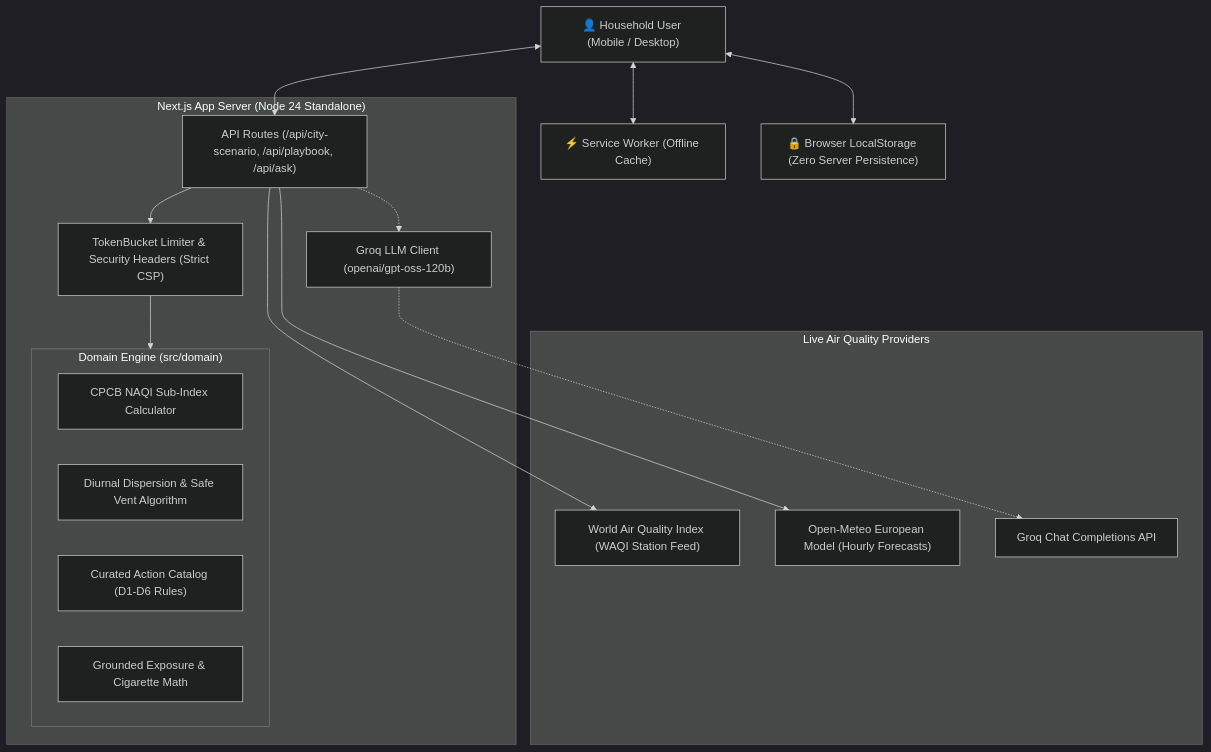
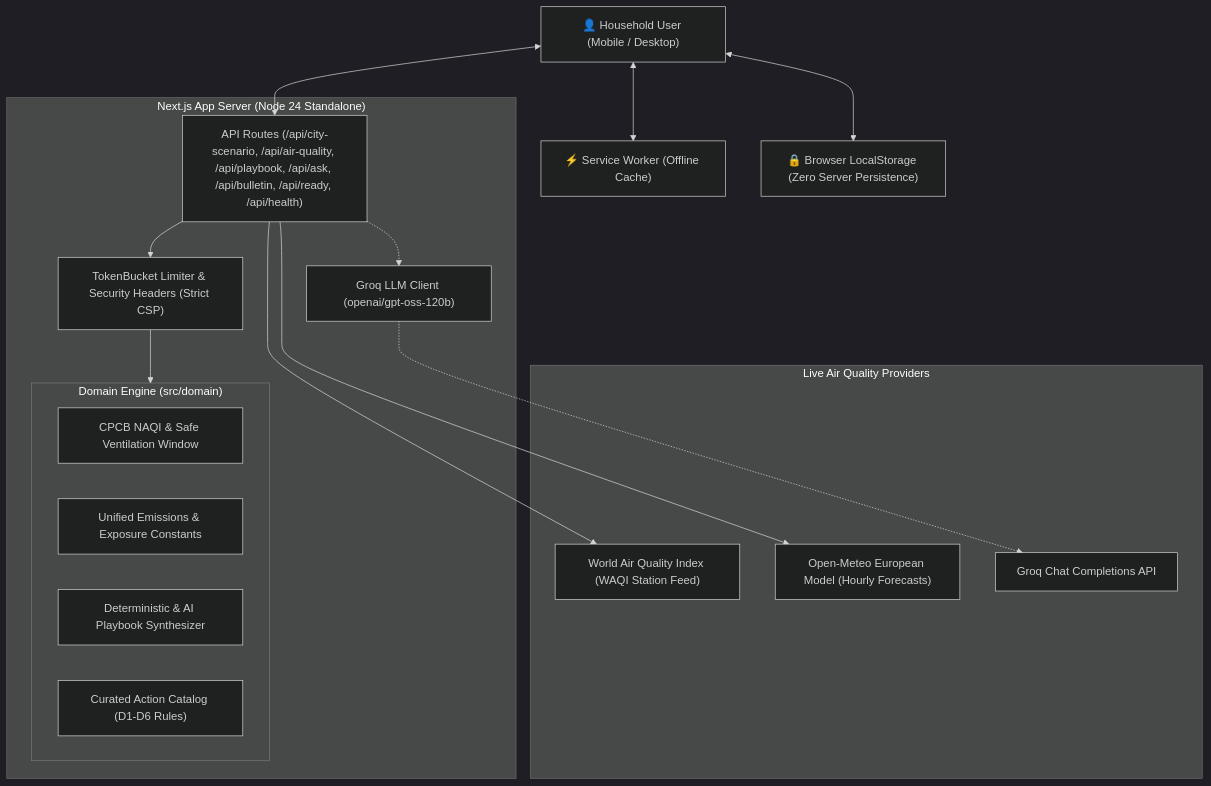
Before and after one commit to Aryan24a-git/AQI-monitoring: the diagram in README.md, drawn with Mermaid (dark theme). The commit also changed other lines of this file and 20 other files, not shown here.

Commit message:
docs: phase 5 VayuSaathi naming consistency, doc cleanup, and architecture update

````diff
--- a/README.md
+++ b/README.md
@@ -38,36 +38,36 @@
 ```mermaid
 flowchart TD
     User["👤 Household User (Mobile / Desktop)"]
     SW["⚡ Service Worker (Offline Cache)"]
     LS["🔒 Browser LocalStorage (Zero Server Persistence)"]
 
     subgraph AppServer ["Next.js App Server (Node 24 Standalone)"]
-        API["API Routes (/api/city-scenario, /api/playbook, /api/ask)"]
+        API["API Routes (/api/city-scenario, /api/air-quality, /api/playbook, /api/ask, /api/bulletin, /api/ready, /api/health)"]
         RateLimit["TokenBucket Limiter & Security Headers (Strict CSP)"]
         
         subgraph DomainEngine ["Domain Engine (src/domain)"]
-            NAQI["CPCB NAQI Sub-Index Calculator"]
-            Dispersion["Diurnal Dispersion & Safe Vent Algorithm"]
+            NAQI["CPCB NAQI & Safe Ventilation Window"]
+            Emissions["Unified Emissions & Exposure Constants"]
+            Playbook["Deterministic & AI Playbook Synthesizer"]
             Catalog["Curated Action Catalog (D1-D6 Rules)"]
-            ImpactModel["Grounded Exposure & Cigarette Math"]
         end
         
         LLMClient["Groq LLM Client (openai/gpt-oss-120b)"]
     end
 
     subgraph ExternalTelemetry ["Live Air Quality Providers"]
         WAQI["World Air Quality Index (WAQI Station Feed)"]
         OpenMeteo["Open-Meteo European Model (Hourly Forecasts)"]
         GroqAPI["Groq Chat Completions API"]
     end
 
     User <--> SW
     User <--> LS
     User <--> API
     API --> RateLimit
     RateLimit --> DomainEngine
     API --> OpenMeteo
     API --> WAQI
     API -.-> LLMClient
     LLMClient -.-> GroqAPI
 ```
````
